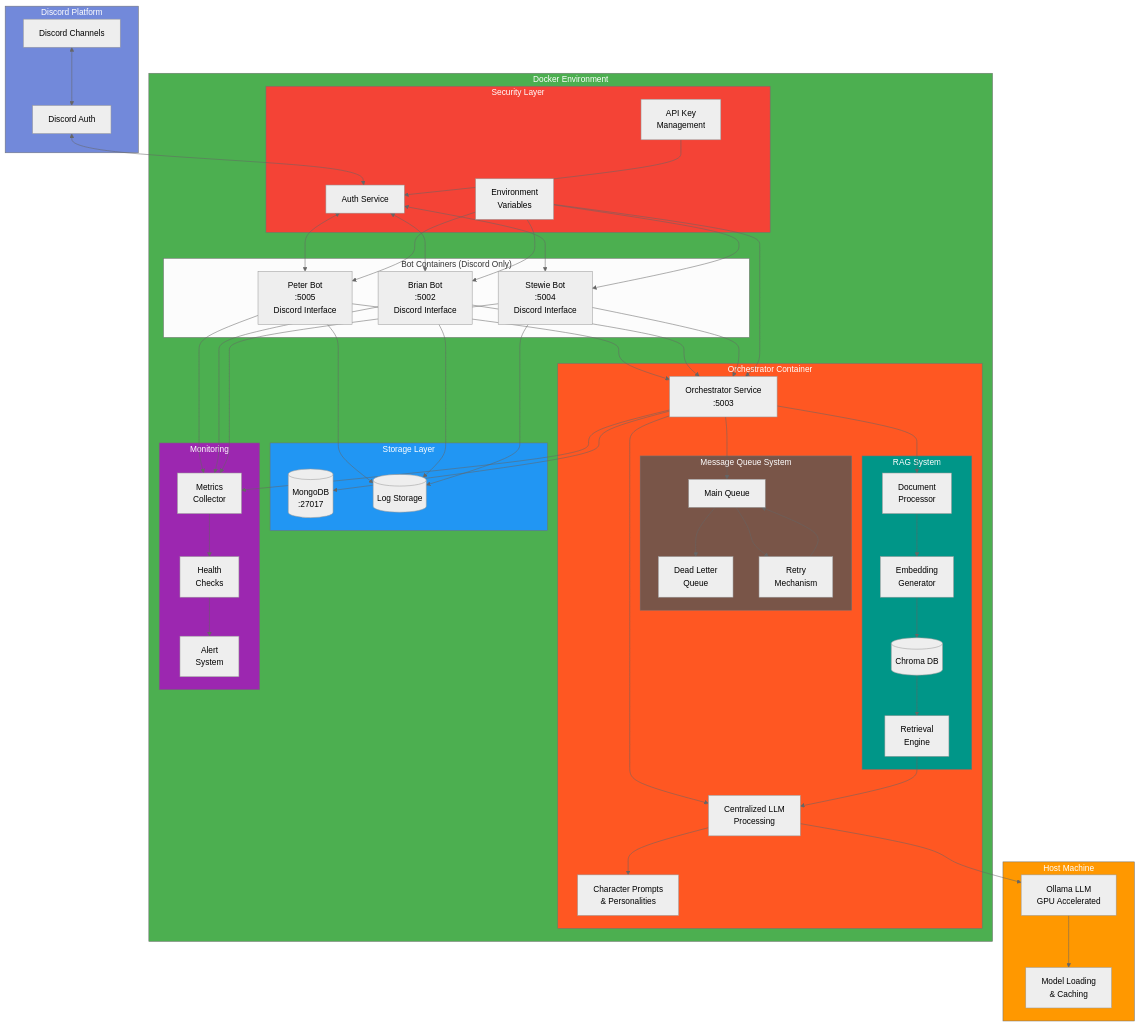
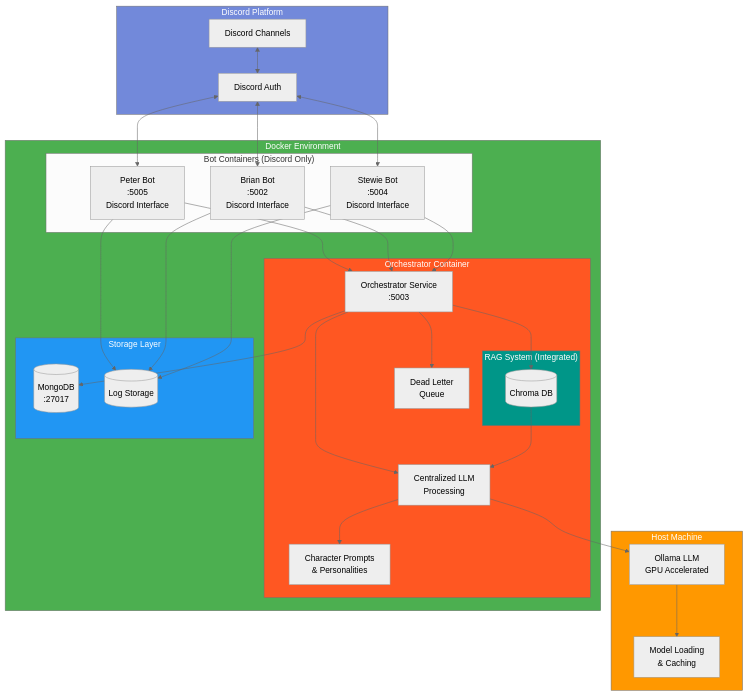
The diagram in README.md (DapeSec/Discord-PG-Bot), drawn with Mermaid (neutral theme) before and after one commit. The commit also changed other lines of this file, not shown here.

Commit message:
Refactor README to streamline architecture diagram by removing the security and monitoring subgraphs, while integrating the message queue system into the orchestrator. Update descriptions to reflect basic health checks and improved error handling. Enhance clarity on system interactions and benefits of the centralized architecture.

````diff
--- a/README.md
+++ b/README.md
@@ -30,27 +30,13 @@
     end
 
     subgraph Docker["Docker Environment"]
-        subgraph Security["Security Layer"]
-            Env[Environment<br>Variables]
-            Auth[Auth Service]
-            Keys[API Key<br>Management]
-        end
-
         subgraph Orchestrator["Orchestrator Container"]
             OS[Orchestrator Service<br>:5003]
             CL[Centralized LLM<br>Processing]
             CP[Character Prompts<br>& Personalities]
+            DLQ[Dead Letter<br>Queue]
             
-            subgraph Queue["Message Queue System"]
-                Q[Main Queue]
-                DLQ[Dead Letter<br>Queue]
-                Retry[Retry<br>Mechanism]
-            end
-            
-            subgraph RAG["RAG System"]
-                Doc[Document<br>Processor]
-                Emb[Embedding<br>Generator]
-                Ret[Retrieval<br>Engine]
+            subgraph RAG["RAG System (Integrated)"]
                 VDB[(Chroma DB)]
             end
         end
@@ -65,17 +51,10 @@
             MDB[(MongoDB<br>:27017)]
             Log[(Log Storage)]
         end
-
-        subgraph Monitor["Monitoring"]
-            Met[Metrics<br>Collector]
-            Health[Health<br>Checks]
-            Alert[Alert<br>System]
-        end
     end
 
     DC <--> DAuth
-    DAuth <--> Auth
-    Auth <--> PB & BB & SB
+    DAuth <--> PB & BB & SB
     
     PB & BB & SB --> OS
     OS --> CL
@@ -83,34 +62,18 @@
     CL --> OL
     OL --> ML
     
-    OS --> Q
-    Q --> Retry
-    Retry --> Q
-    Q --> DLQ
+    OS --> DLQ
     
-    OS --> Doc
-    Doc --> Emb
-    Emb --> VDB
-    VDB --> Ret
-    Ret --> CL
+    OS --> VDB
+    VDB --> CL
     
     OS --> MDB
     PB & BB & SB --> Log
-    
-    OS & PB & BB & SB --> Met
-    Met --> Health
-    Health --> Alert
-    
-    Env --> OS & PB & BB & SB
-    Keys --> Auth
 
     style Discord fill:#7289DA,color:white
     style Docker fill:#4CAF50,color:white
     style Host fill:#FF9800,color:white
     style Storage fill:#2196F3,color:white
-    style Security fill:#F44336,color:white
-    style Monitor fill:#9C27B0,color:white
-    style Queue fill:#795548,color:white
     style RAG fill:#009688,color:white
     style Orchestrator fill:#FF5722,color:white
 ```
````
